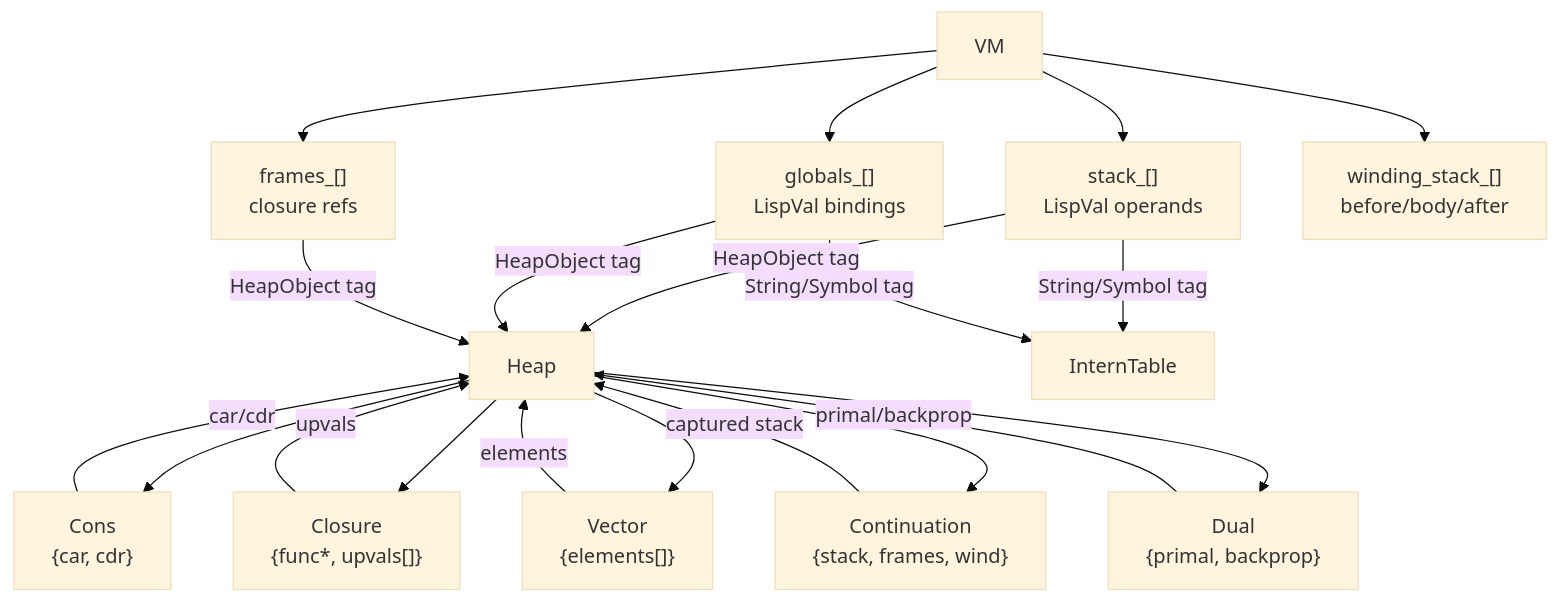
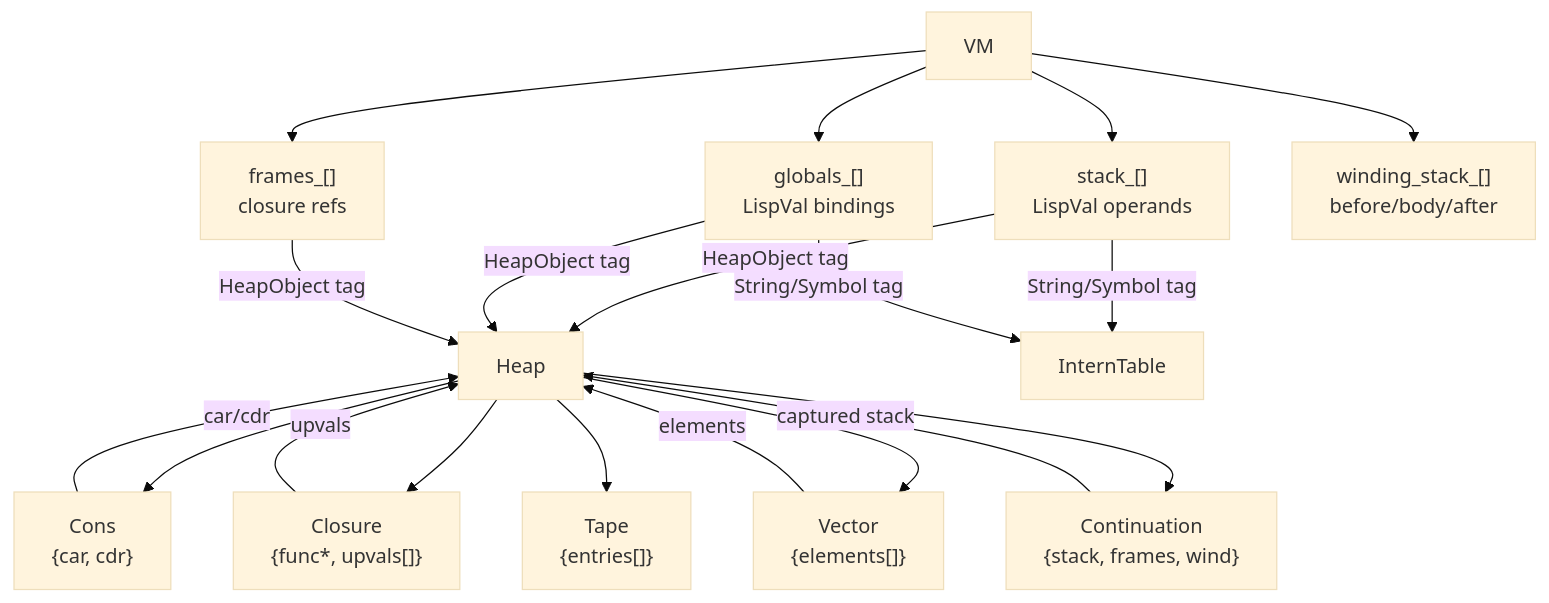
One commit to lewismj/eta changed the fourth of 4 diagrams in docs/runtime.md. Above: the diagram before and after it, drawn with Mermaid (base theme). The commit also changed other lines of this file and 32 other files, not shown here.

````diff
--- a/docs/runtime.md
+++ b/docs/runtime.md
@@ -313,28 +313,27 @@
 ```mermaid
 graph TD
     VM["VM"]
     VM --> STACK["stack_[]\nLispVal operands"]
     VM --> GLOBALS["globals_[]\nLispVal bindings"]
     VM --> FRAMES["frames_[]\nclosure refs"]
     VM --> WIND["winding_stack_[]\nbefore/body/after"]
 
     STACK --> |"HeapObject tag"| HEAP["Heap"]
     GLOBALS --> |"HeapObject tag"| HEAP
     FRAMES --> |"HeapObject tag"| HEAP
 
     HEAP --> CONS["Cons\n{car, cdr}"]
     HEAP --> CLOS["Closure\n{func*, upvals[]}"]
     HEAP --> VEC["Vector\n{elements[]}"]
     HEAP --> CONT["Continuation\n{stack, frames, wind}"]
-    HEAP --> DUAL["Dual\n{primal, backprop}"]
+    HEAP --> TAPE["Tape\n{entries[]}"]
 
     CONS --> |"car/cdr"| HEAP
     CLOS --> |"upvals"| HEAP
     VEC --> |"elements"| HEAP
     CONT --> |"captured stack"| HEAP
-    DUAL --> |"primal/backprop"| HEAP
 
     IT["InternTable"]
     STACK --> |"String/Symbol tag"| IT
     GLOBALS --> |"String/Symbol tag"| IT
 ```
````
